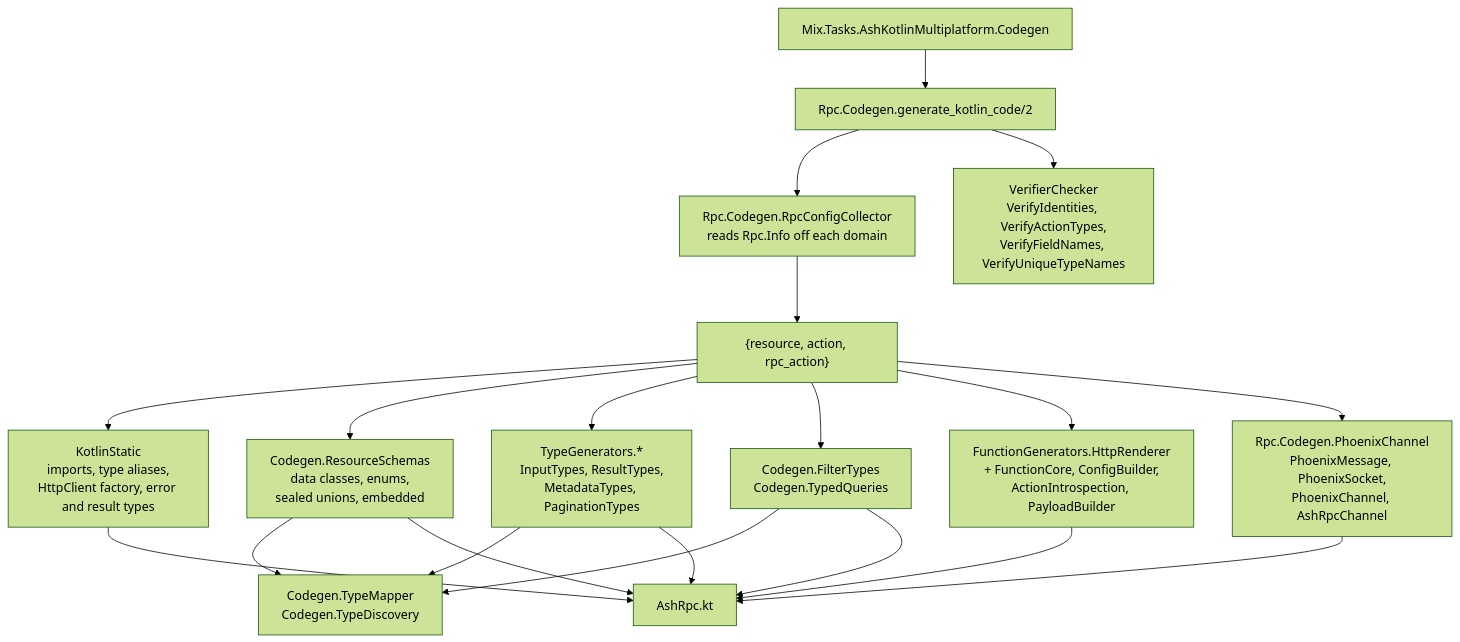
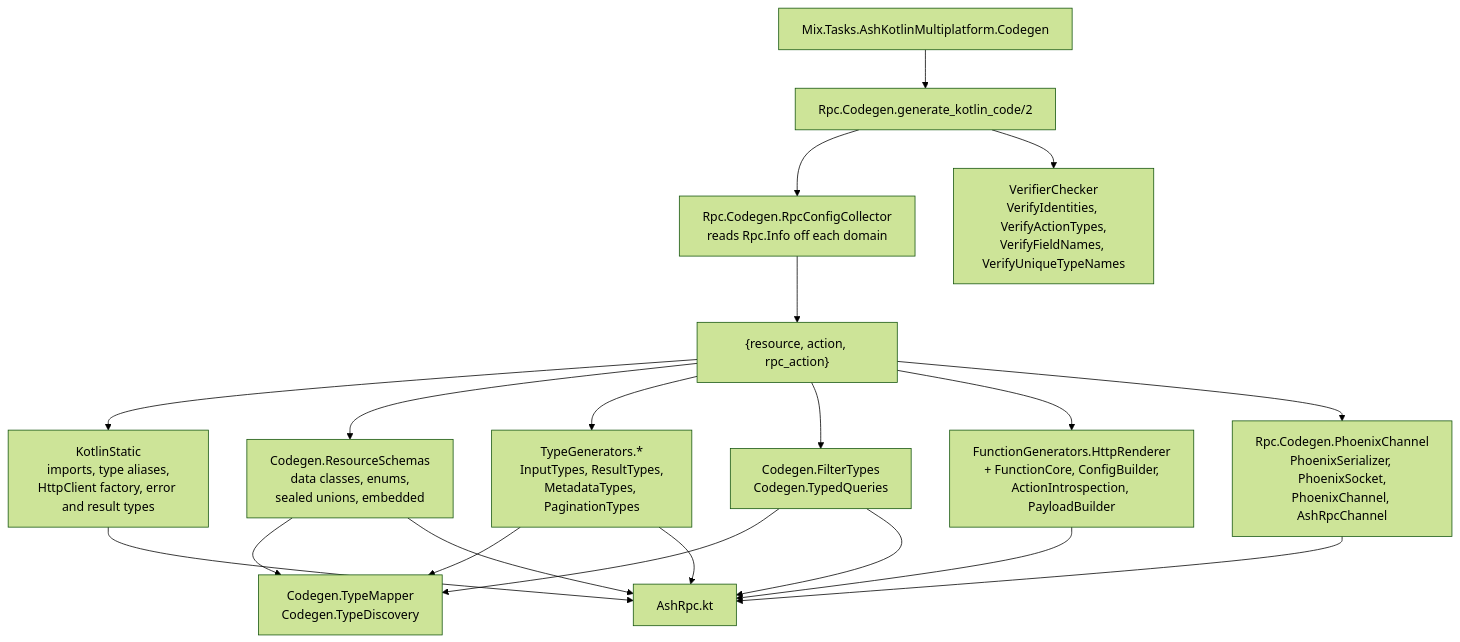
One commit to udin-io/ash_kotlin_multiplatform changed the third of 4 diagrams in docs/architecture.md. Above: the diagram before and after it, drawn with Mermaid (forest theme). The commit also changed other lines of this file and 5 other files, not shown here.

````diff
--- a/docs/architecture.md
+++ b/docs/architecture.md
@@ -82,27 +82,27 @@
 ```mermaid
 flowchart TD
     task["Mix.Tasks.AshKotlinMultiplatform.Codegen"] --> cg["Rpc.Codegen.generate_kotlin_code/2"]
 
     cg --> coll["Rpc.Codegen.RpcConfigCollector<br/>reads Rpc.Info off each domain"]
     cg --> vc["VerifierChecker<br/>VerifyIdentities, VerifyActionTypes,<br/>VerifyFieldNames, VerifyUniqueTypeNames"]
 
     coll --> tuples["{resource, action, rpc_action}"]
 
     tuples --> static["KotlinStatic<br/>imports, type aliases,<br/>HttpClient factory, error and result types"]
     tuples --> schemas["Codegen.ResourceSchemas<br/>data classes, enums,<br/>sealed unions, embedded"]
     tuples --> types["TypeGenerators.*<br/>InputTypes, ResultTypes,<br/>MetadataTypes, PaginationTypes"]
     tuples --> filters["Codegen.FilterTypes<br/>Codegen.TypedQueries"]
     tuples --> fns["FunctionGenerators.HttpRenderer<br/>+ FunctionCore, ConfigBuilder,<br/>ActionIntrospection, PayloadBuilder"]
-    tuples --> chan["Rpc.Codegen.PhoenixChannel<br/>PhoenixMessage, PhoenixSocket,<br/>PhoenixChannel, AshRpcChannel"]
+    tuples --> chan["Rpc.Codegen.PhoenixChannel<br/>PhoenixSerializer, PhoenixSocket,<br/>PhoenixChannel, AshRpcChannel"]
 
     schemas --> tm["Codegen.TypeMapper<br/>Codegen.TypeDiscovery"]
     types --> tm
     filters --> tm
 
     static --> out["AshRpc.kt"]
     schemas --> out
     types --> out
     filters --> out
     fns --> out
     chan --> out
 ```
````
